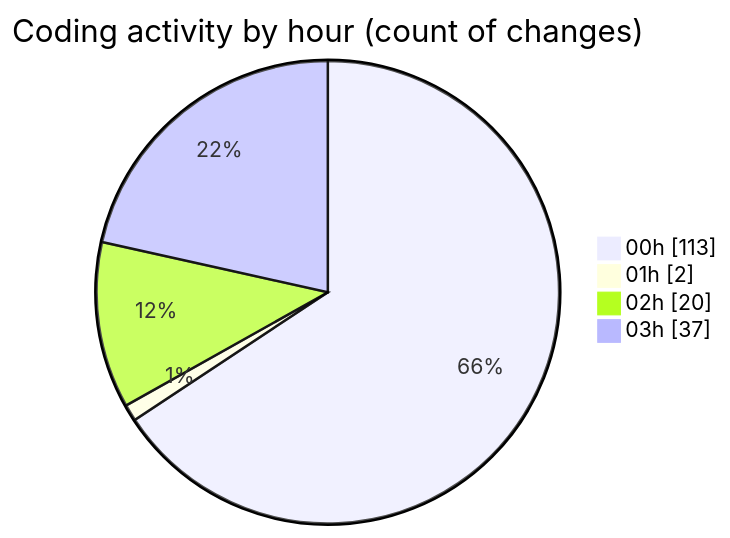
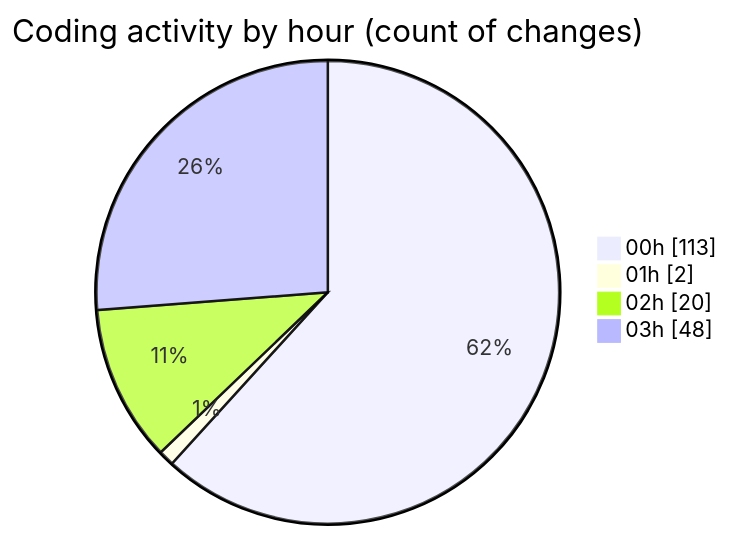
One commit to lephambinh05/code-tracking changed the second of 2 diagrams in 2025-08-06/napxuvn/README.md. Above: the diagram before and after it, drawn with Mermaid. The commit also changed other lines of this file and 1 other file, not shown here.

````diff
--- a/2025-08-06/napxuvn/README.md
+++ b/2025-08-06/napxuvn/README.md
@@ -116,8 +121,8 @@
 ```mermaid
 pie showData
 title Coding activity by hour (count of changes)
 "00h" : 113
 "01h" : 2
 "02h" : 20
-"03h" : 37
+"03h" : 48
 ```
````
